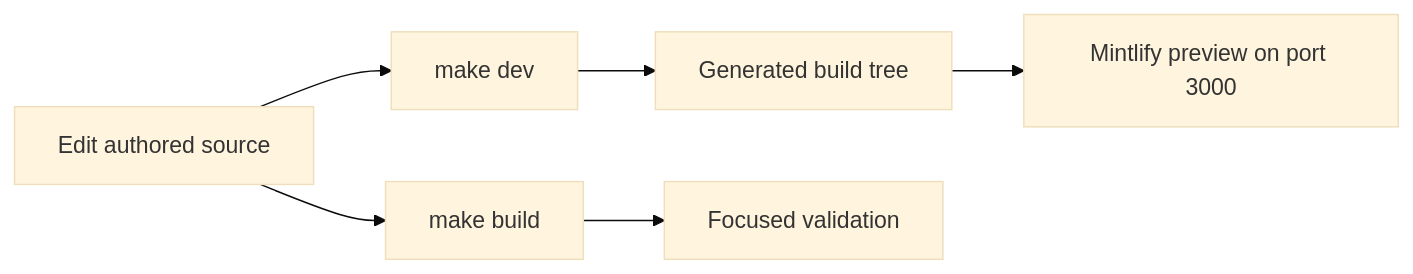
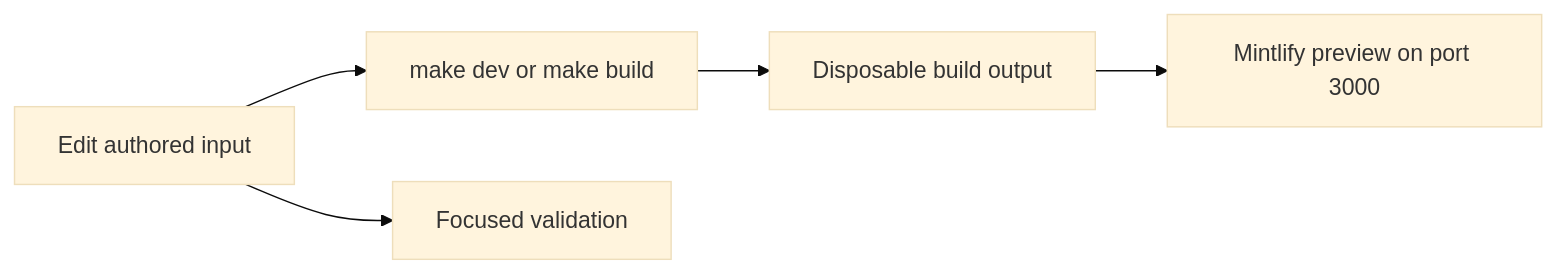
Before and after one commit to langchain-ai/docs: the diagram in openwiki/quickstart.md, drawn with Mermaid (base theme). The commit also changed other lines of this file and 26 other files, not shown here.

````diff
--- a/openwiki/quickstart.md
+++ b/openwiki/quickstart.md
@@ -58,8 +52,7 @@
 ```mermaid
 flowchart LR
-  Source["Edit authored source"] --> Dev["make dev"]
-  Dev --> Build["Generated build tree"]
-  Build --> Preview["Mintlify preview on port 3000"]
-  Source --> Clean["make build"]
-  Clean --> Checks["Focused validation"]
+  Author["Edit authored input"] --> Build["make dev or make build"]
+  Build --> Output["Disposable build output"]
+  Output --> Preview["Mintlify preview on port 3000"]
+  Author --> Check["Focused validation"]
 ```
````
